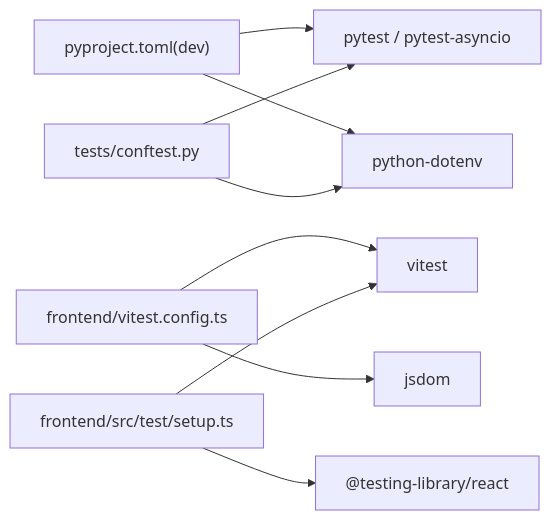
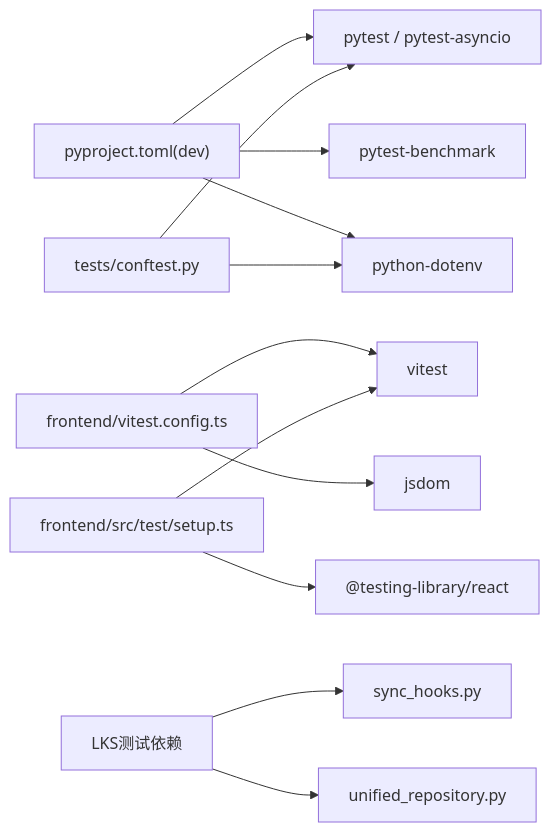
Before and after one commit to jackeyunjie/open-notebook: diagram 11 of 11 in .qoder/repowiki/zh/content/开发者指南/测试策略.md, drawn with Mermaid. The commit also changed other lines of this file and 51 other files, not shown here.

````diff
--- a/.qoder/repowiki/zh/content/开发者指南/测试策略.md
+++ b/.qoder/repowiki/zh/content/开发者指南/测试策略.md
@@ -354,11 +510,14 @@
 ```mermaid
 graph LR
 Py["pyproject.toml(dev)"] --> PyTest["pytest / pytest-asyncio"]
+Py --> PyBench["pytest-benchmark"]
 Py --> Dotenv["python-dotenv"]
 Conftest["tests/conftest.py"] --> PyTest
 Conftest --> Dotenv
 ViteCfg["frontend/vitest.config.ts"] --> Vitest["vitest"]
 ViteCfg --> JSDOM["jsdom"]
 Setup["frontend/src/test/setup.ts"] --> Vitest
 Setup --> RTL["@testing-library/react"]
+LKS["LKS测试依赖"] --> SyncHooks["sync_hooks.py"]
+LKS --> UniRepo["unified_repository.py"]
 ```
````
